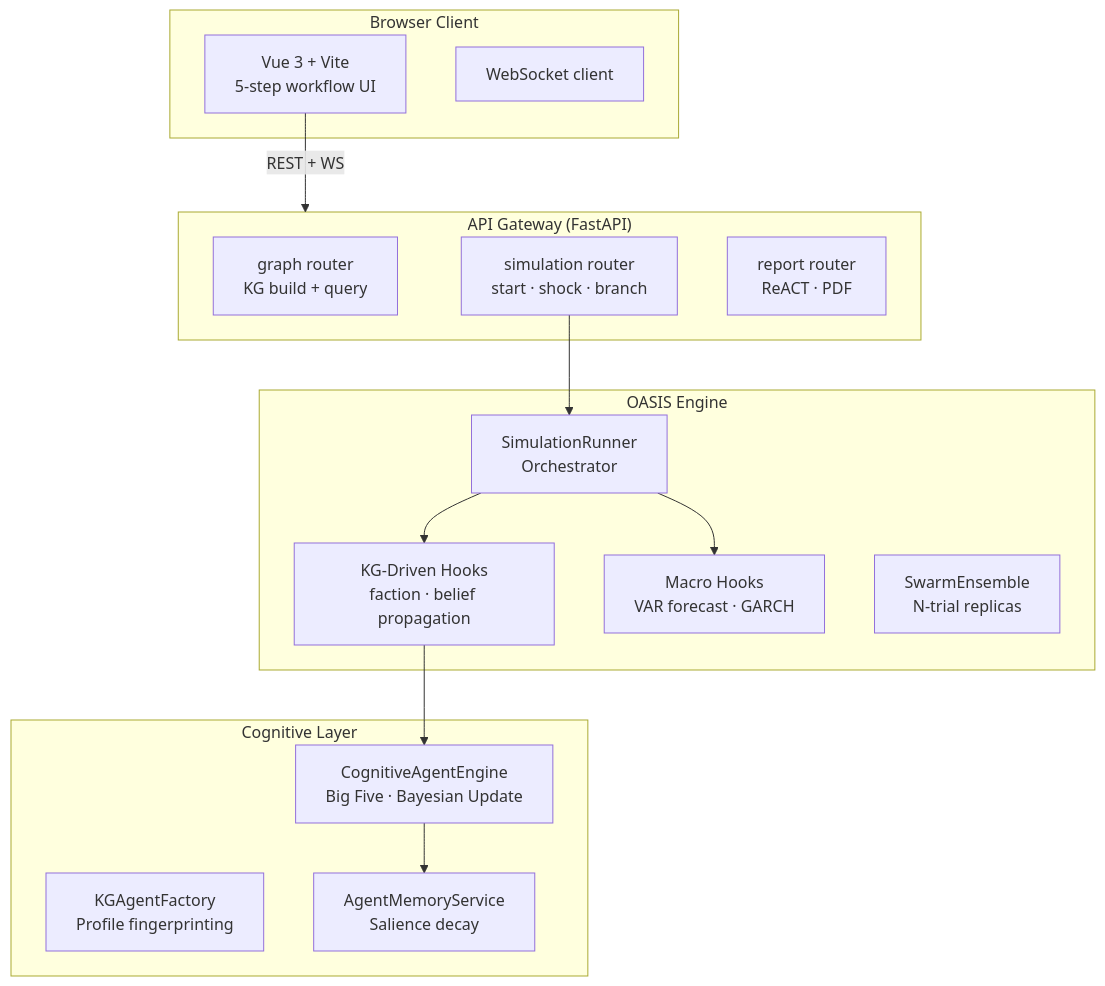
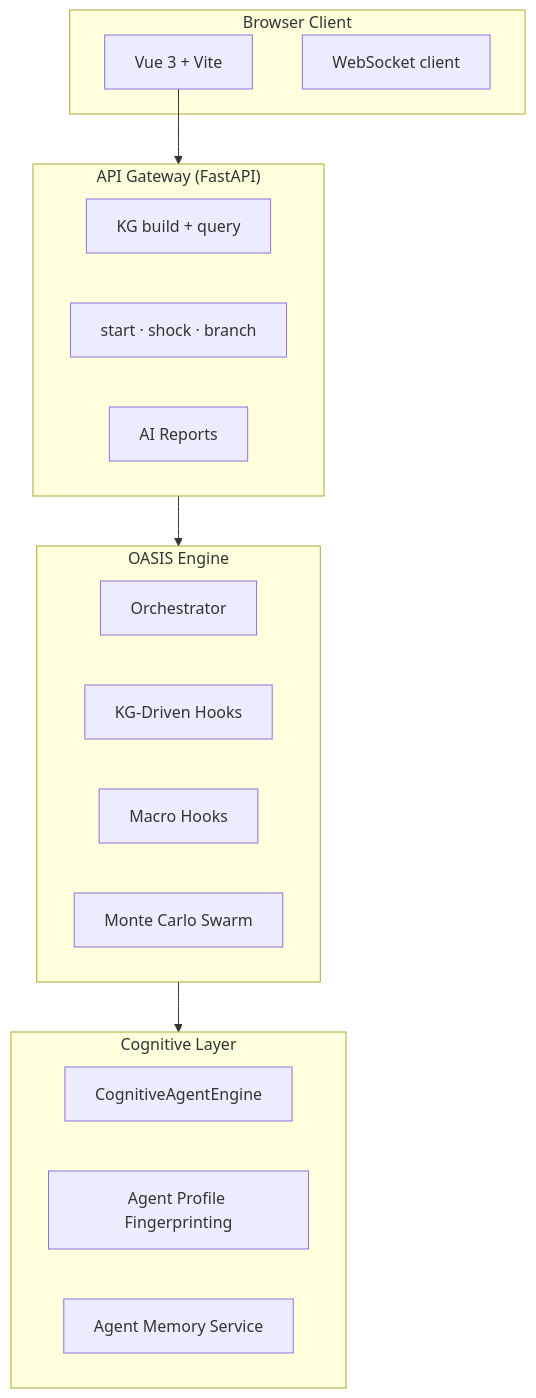
The diagram in README.md (destinyfrancis/MurmuraScope), drawn with Mermaid before and after one commit. The commit also changed other lines of this file and 1 other file, not shown here.

Commit message:
docs: switch to Prosperity Public License, add easy-start guide, and clean up workspace

````diff
--- a/README.md
+++ b/README.md
@@ -65,33 +60,30 @@
 ```mermaid
 graph TB
     subgraph Client["Browser Client"]
-        UI["Vue 3 + Vite<br/>5-step workflow UI"]
+        UI["Vue 3 + Vite"]
         WS_Client["WebSocket client"]
     end
 
     subgraph Gateway["API Gateway (FastAPI)"]
-        GraphAPI["graph router<br/>KG build + query"]
-        SimAPI["simulation router<br/>start · shock · branch"]
-        ReportAPI["report router<br/>ReACT · PDF"]
+        GraphAPI["KG build + query"]
+        SimAPI["start · shock · branch"]
+        ReportAPI["AI Reports"]
     end
 
     subgraph Simulation["OASIS Engine"]
-        Runner["SimulationRunner<br/>Orchestrator"]
-        KGHooks["KG-Driven Hooks<br/>faction · belief propagation"]
-        MacroHooks["Macro Hooks<br/>VAR forecast · GARCH"]
-        Swarm["SwarmEnsemble<br/>N-trial replicas"]
+        Runner["Orchestrator"]
+        KGHooks["KG-Driven Hooks"]
+        MacroHooks["Macro Hooks"]
+        Swarm["Monte Carlo Swarm"]
     end
 
     subgraph Agents["Cognitive Layer"]
-        CAE["CognitiveAgentEngine<br/>Big Five · Bayesian Update"]
-        KGFactory["KGAgentFactory<br/>Profile fingerprinting"]
-        Memory["AgentMemoryService<br/>Salience decay"]
+        CAE["CognitiveAgentEngine"]
+        KGFactory["Agent Profile Fingerprinting"]
+        Memory["Agent Memory Service"]
     end
 
-    UI -->|REST + WS| Gateway
-    SimAPI --> Runner
-    Runner --> KGHooks
-    Runner --> MacroHooks
-    KGHooks --> CAE
-    CAE --> Memory
+    UI --> Gateway
+    Gateway --> Simulation
+    Simulation --> Agents
 ```
````
